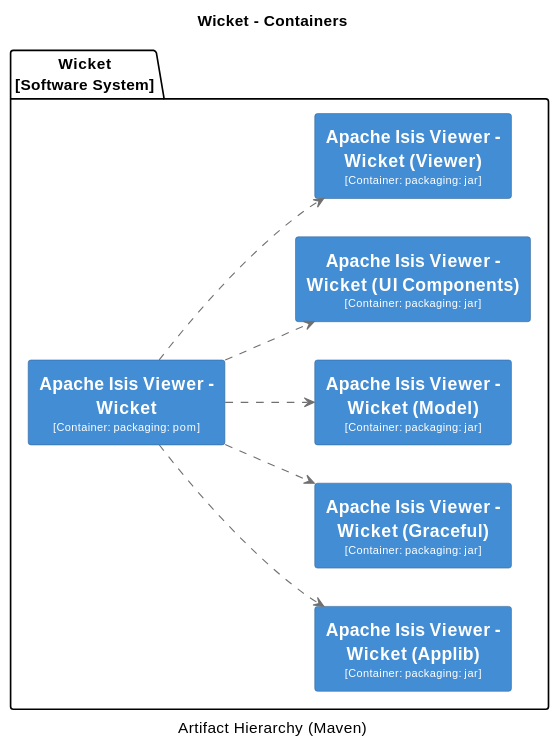
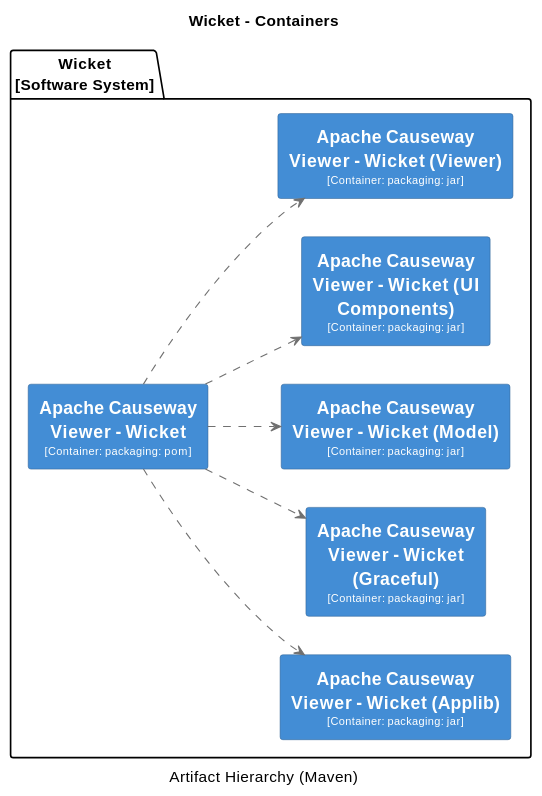
Before and after one commit to apache/causeway: diagram 17 of 32 in core/adoc/modules/_overview/pages/about.adoc, drawn with PlantUML. The commit also changed other lines of this file and 398 other files, not shown here.

```diff
--- a/core/adoc/modules/_overview/pages/about.adoc
+++ b/core/adoc/modules/_overview/pages/about.adoc
@@ -3115,60 +3115,60 @@
 [plantuml,Wicket,svg]
 ----
 @startuml(id=Wicket)
 title Wicket - Containers
 caption Artifact Hierarchy (Maven)
 
 skinparam {
   shadowing false
   arrowFontSize 10
   defaultTextAlignment center
   wrapWidth 200
   maxMessageSize 100
 }
 hide stereotype
 left to right direction
 skinparam rectangle<<2>> {
   BackgroundColor #438dd5
   FontColor #fffffe
   BorderColor #2E6295
 }
 skinparam rectangle<<3>> {
   BackgroundColor #438dd5
   FontColor #fffffe
   BorderColor #2E6295
 }
 skinparam rectangle<<4>> {
   BackgroundColor #438dd5
   FontColor #fffffe
   BorderColor #2E6295
 }
 skinparam rectangle<<5>> {
   BackgroundColor #438dd5
   FontColor #fffffe
   BorderColor #2E6295
 }
 skinparam rectangle<<6>> {
   BackgroundColor #438dd5
   FontColor #fffffe
   BorderColor #2E6295
 }
 skinparam rectangle<<7>> {
   BackgroundColor #438dd5
   FontColor #fffffe
   BorderColor #2E6295
 }
 package "Wicket\n[Software System]" {
-  rectangle "==Apache Isis Viewer - Wicket\n<size:10>[Container: packaging: pom]</size>" <<2>> as 2
-  rectangle "==Apache Isis Viewer - Wicket (Applib)\n<size:10>[Container: packaging: jar]</size>" <<3>> as 3
-  rectangle "==Apache Isis Viewer - Wicket (Graceful)\n<size:10>[Container: packaging: jar]</size>" <<4>> as 4
-  rectangle "==Apache Isis Viewer - Wicket (Model)\n<size:10>[Container: packaging: jar]</size>" <<5>> as 5
-  rectangle "==Apache Isis Viewer - Wicket (UI Components)\n<size:10>[Container: packaging: jar]</size>" <<6>> as 6
-  rectangle "==Apache Isis Viewer - Wicket (Viewer)\n<size:10>[Container: packaging: jar]</size>" <<7>> as 7
+  rectangle "==Apache Causeway Viewer - Wicket\n<size:10>[Container: packaging: pom]</size>" <<2>> as 2
+  rectangle "==Apache Causeway Viewer - Wicket (Applib)\n<size:10>[Container: packaging: jar]</size>" <<3>> as 3
+  rectangle "==Apache Causeway Viewer - Wicket (Graceful)\n<size:10>[Container: packaging: jar]</size>" <<4>> as 4
+  rectangle "==Apache Causeway Viewer - Wicket (Model)\n<size:10>[Container: packaging: jar]</size>" <<5>> as 5
+  rectangle "==Apache Causeway Viewer - Wicket (UI Components)\n<size:10>[Container: packaging: jar]</size>" <<6>> as 6
+  rectangle "==Apache Causeway Viewer - Wicket (Viewer)\n<size:10>[Container: packaging: jar]</size>" <<7>> as 7
 }
 2 .[#707070].> 3 : ""
 2 .[#707070].> 4 : ""
 2 .[#707070].> 5 : ""
 2 .[#707070].> 6 : ""
 2 .[#707070].> 7 : ""
 @enduml
 ----
```
